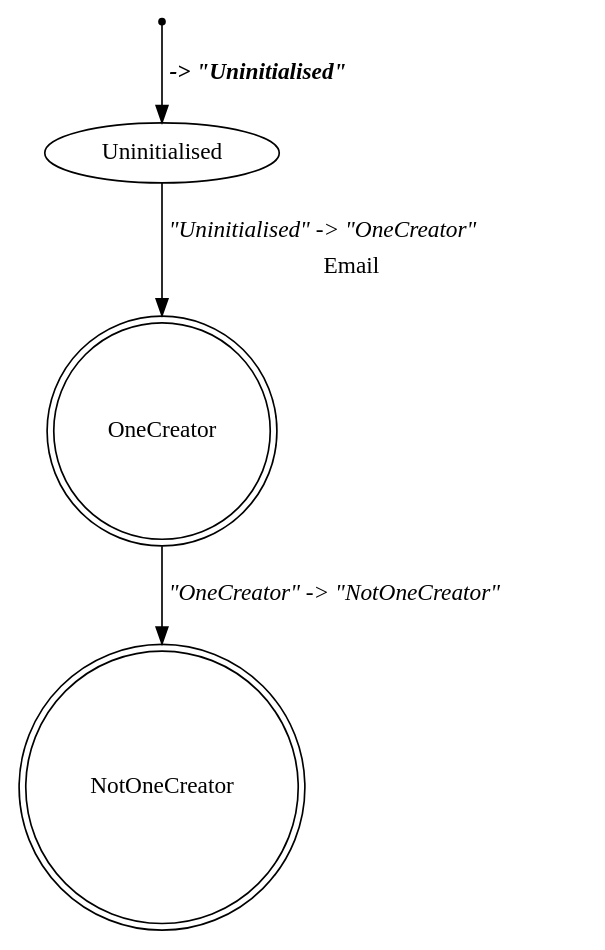
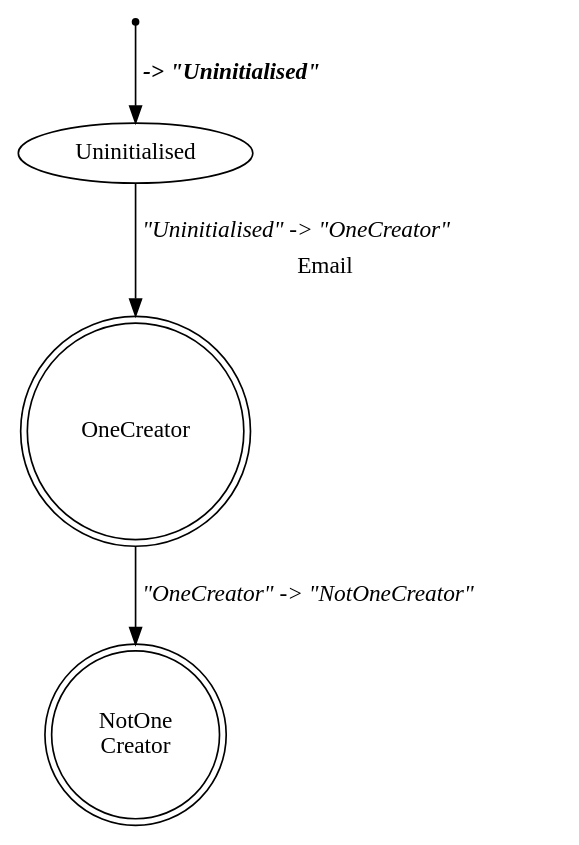
One commit to kieranjwhite/calendar_mirror changed the diagram in docs/ev_stm.dot. Above: the diagram before and after it, drawn with Graphviz. The commit also changed 5 other files, not shown here.

```diff
--- a/docs/ev_stm.dot
+++ b/docs/ev_stm.dot
@@ -1,9 +1,9 @@
 digraph ev_stm {
-    NotOneCreator[label="NotOneCreator"][shape="doublecircle"];
+    NotOneCreator[label="NotOne\nCreator"][shape="doublecircle"];
     OneCreator[label="OneCreator"][shape="doublecircle"];
     Uninitialised[label="Uninitialised"][shape="ellipse"];
     _start[label="_start"][shape="point"];
     _start -> Uninitialised[label=<<TABLE BORDER="0"><TR><TD><B><I> -&gt; "Uninitialised"</I></B></TD></TR></TABLE>>];
     Uninitialised -> OneCreator[label=<<TABLE BORDER="0"><TR><TD><I>"Uninitialised" -&gt; "OneCreator"</I></TD></TR><TR><TD>Email</TD></TR></TABLE>>];
     OneCreator -> NotOneCreator[label=<<TABLE BORDER="0"><TR><TD><I>"OneCreator" -&gt; "NotOneCreator"</I></TD></TR></TABLE>>];
 }
```
